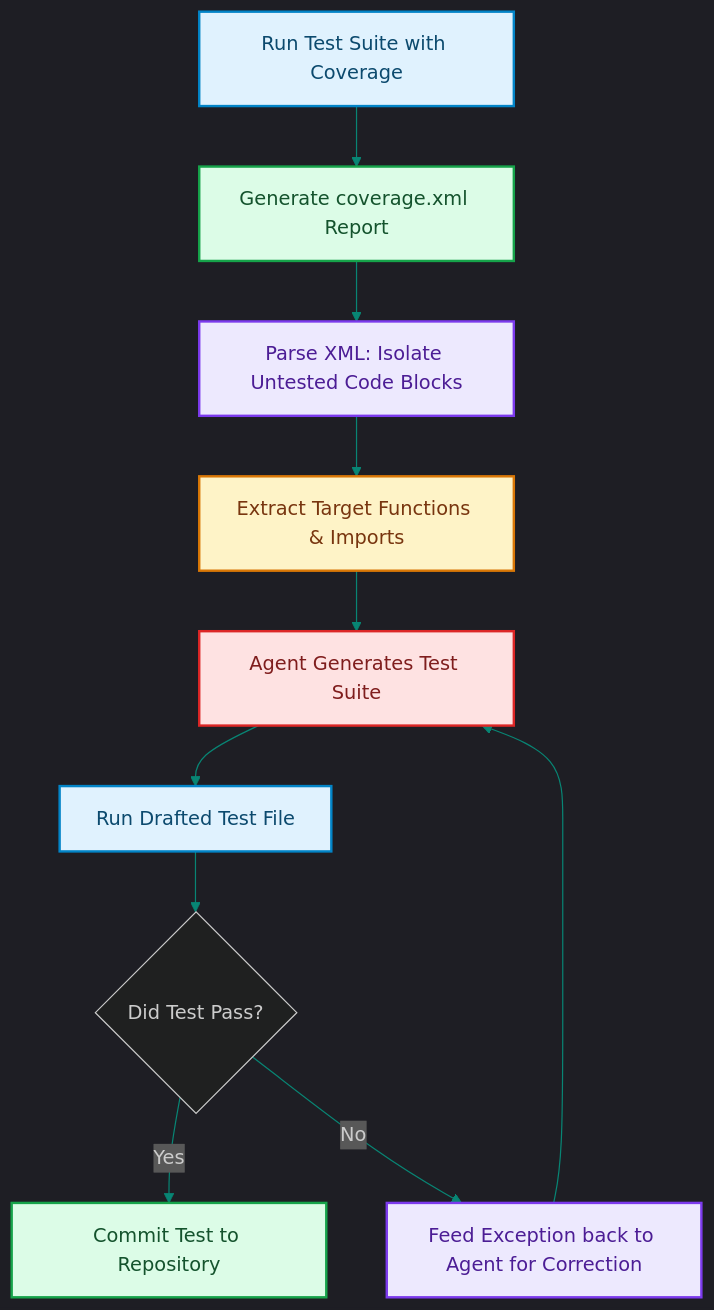
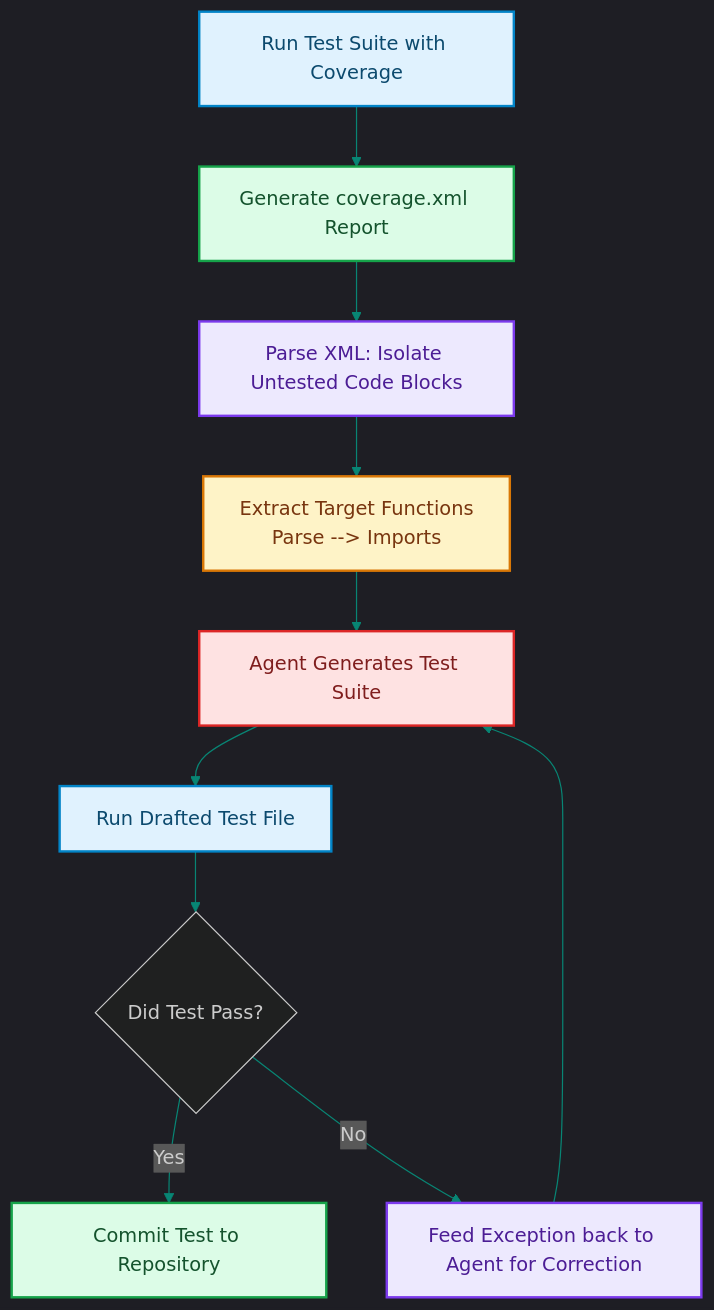
One commit to akmalkhaniub/akmalkhaniub.github.io changed the diagram in blog/posts/codebase-automated-test-generation-coverage-gaps.md. Above: the diagram before and after it, drawn with Mermaid. The commit also changed other lines of this file and 894 other files, not shown here.

Commit message:
feat(blog): upgrade all 444 posts with unique staggered dates, 2-col Mermaid spines, benchmark tables, code blocks, and trade-offs

````diff
--- a/blog/posts/codebase-automated-test-generation-coverage-gaps.md
+++ b/blog/posts/codebase-automated-test-generation-coverage-gaps.md
@@ -19,25 +19,26 @@
 ```mermaid
 %%{init: {'theme': 'dark', 'themeVariables': { 'primaryColor': '#088574', 'primaryTextColor': '#f3f4f6', 'primaryBorderColor': '#0db49b', 'lineColor': '#088574', 'secondaryColor': '#111827', 'tertiaryColor': '#0b0f19'}}}%%
 flowchart TD
     Run["Run Test Suite with Coverage"] --> XML["Generate coverage.xml Report"]
     XML --> Parse["Parse XML: Isolate Untested Code Blocks"]
-    Parse --> Context["Extract Target Functions & Imports"]
+    Parse --> Context["Extract Target Functions
+    Parse --> Imports"]
     Context --> Agent["Agent Generates Test Suite"]
     
     Agent --> Exec["Run Drafted Test File"]
     Exec --> Check{Did Test Pass?}
     Check -->|Yes| Commit["Commit Test to Repository"]
     Check -->|No| Feedback["Feed Exception back to Agent for Correction"]
     Feedback --> Agent
 
 classDef green fill:#dcfce7,stroke:#16a34a,stroke-width:2px,color:#14532d;
 classDef red fill:#fee2e2,stroke:#dc2626,stroke-width:2px,color:#7f1d1d;
 classDef blue fill:#e0f2fe,stroke:#0284c7,stroke-width:2px,color:#0c4a6e;
 classDef yellow fill:#fef3c7,stroke:#d97706,stroke-width:2px,color:#78350f;
 classDef purple fill:#ede9fe,stroke:#7c3aed,stroke-width:2px,color:#4c1d95;
 class Run,Exec blue
 class XML,Commit green
 class Parse,Feedback purple
 class Context yellow
 class Agent red
 ```
````
